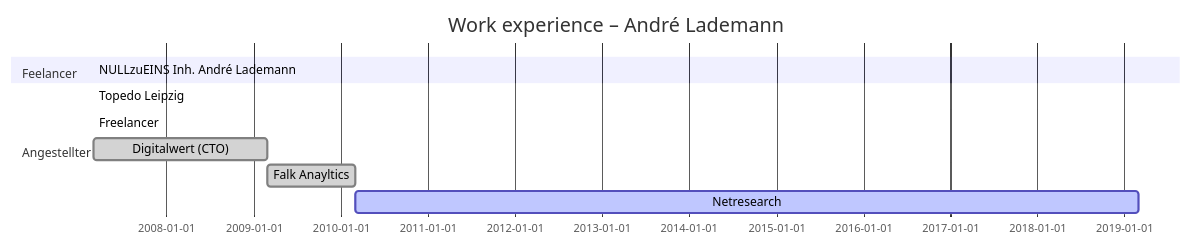
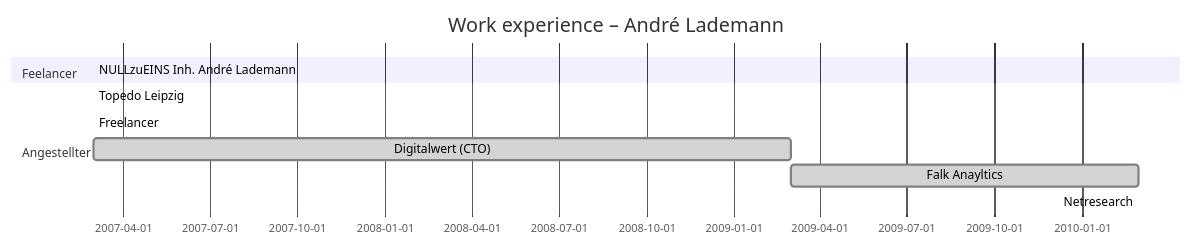
One commit to vergissberlin/vergissberlin changed the diagram in README.md. Above: the diagram before and after it, drawn with Mermaid.

````diff
--- a/README.md
+++ b/README.md
@@ -92,16 +92,16 @@
 ```mermaid
 gantt
 dateFormat  YYYY-MM
 title Work experience – André Lademann
 
 section Feelancer 
 NULLzuEINS Inh. André Lademann  :active,  free1, 2007-03, todayMarker
 
 section Angestellter
 Topedo Leipzig            :done, des1, 2007-03-01, 2008-02-01
 Freelancer                :done, des2, after des1, 2011-08-01
 Digitalwert (CTO)         :done, des3, after des2, 2y
 Falk Anayltics            :done, des4, after des3,  1y
-Netresearch               :active, des5, after des4, 9y
+Netresearch               :active, des5, after des4, todayMarker
 
 ```
````
